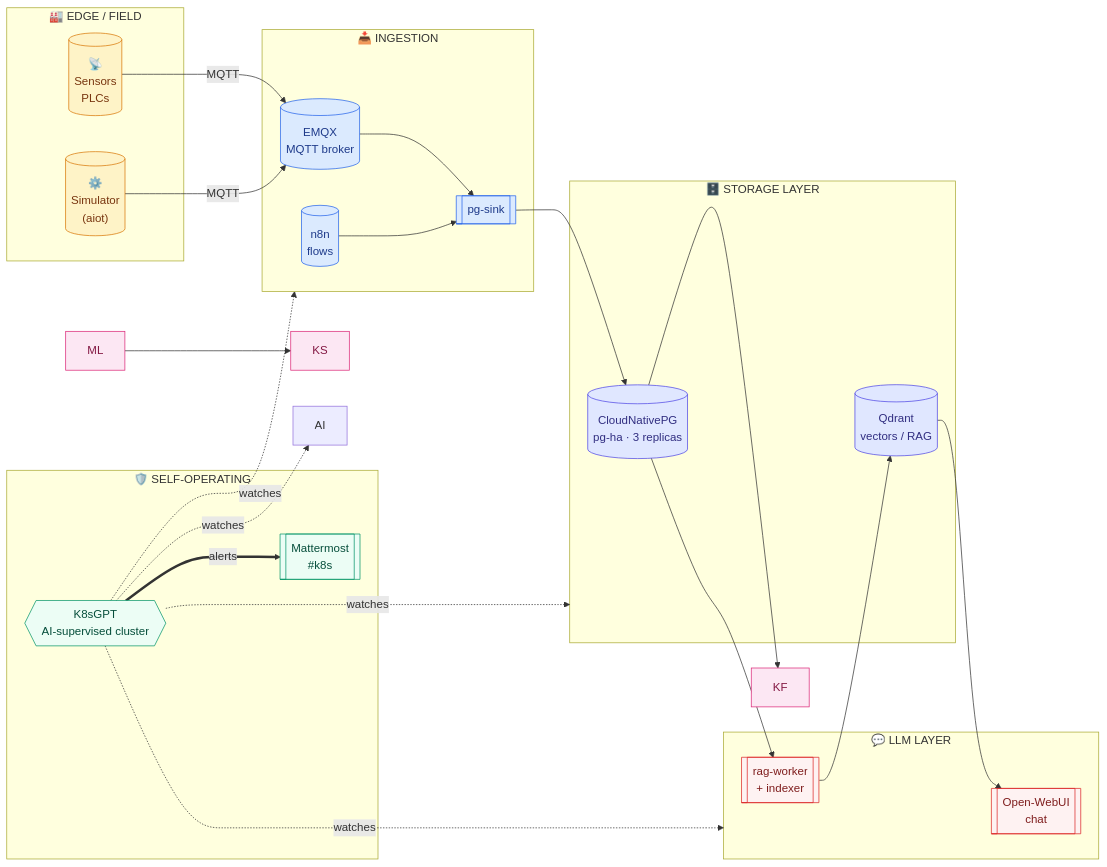
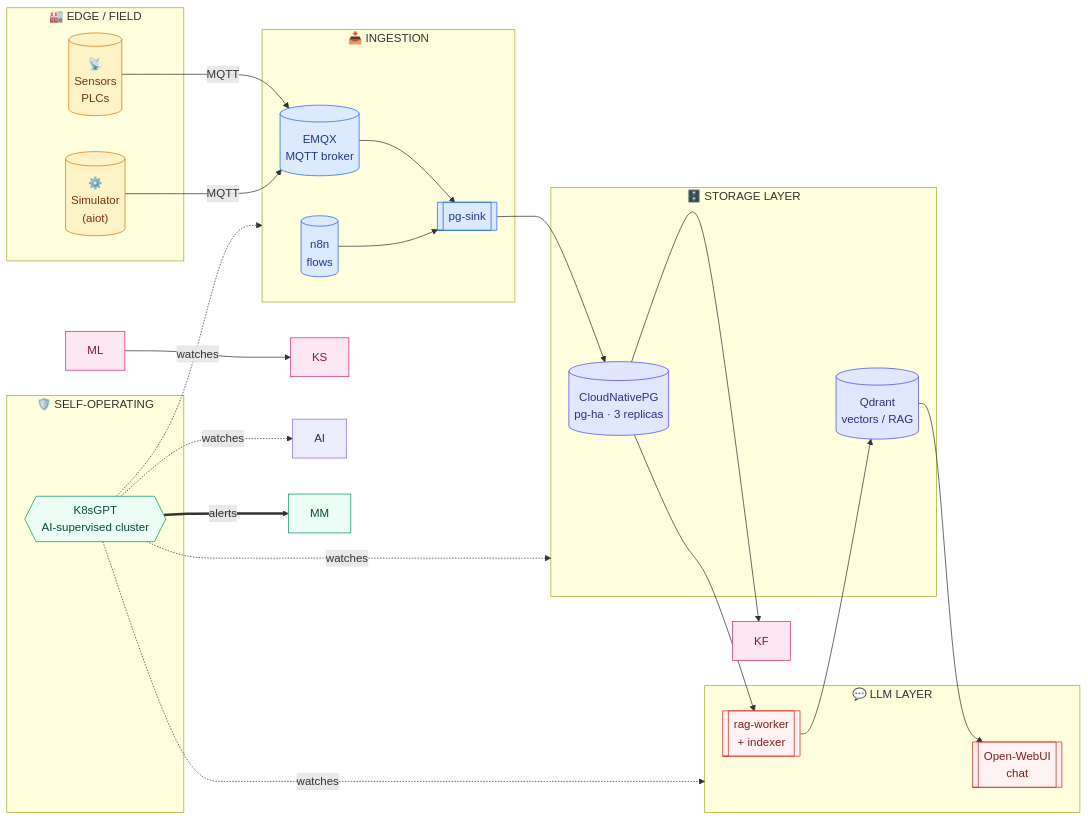
The second of 5 diagrams in README.md (ondrejnr/aiot-platform), drawn with Mermaid before and after one commit. The commit also changed other lines of this file and 100 other files, not shown here.

````diff
--- a/README.md
+++ b/README.md
@@ -75,57 +73,56 @@
 ```mermaid
 flowchart LR
     subgraph EDGE["🏭 EDGE / FIELD"]
         S1[("📡<br/>Sensors<br/>PLCs")]
         S2[("⚙️<br/>Simulator<br/>(aiot)")]
     end
 
     subgraph INGEST["📥 INGESTION"]
         MQ[("EMQX<br/>MQTT broker")]
         N8[("n8n<br/>flows")]
         SINK[["pg-sink"]]
     end
 
     subgraph STORE["🗄️ STORAGE LAYER"]
         PG[("CloudNativePG<br/>pg-ha · 3 replicas")]
         QD[("Qdrant<br/>vectors / RAG")]
     end
 
     subgraph LLM["💬 LLM LAYER"]
         OW[["Open-WebUI<br/>chat"]]
         RAG[["rag-worker<br/>+ indexer"]]
     end
 
     subgraph OPS["🛡️ SELF-OPERATING"]
         KG{{"K8sGPT<br/>AI-supervised cluster"}}
-        MM[["Mattermost<br/>#k8s"]]
     end
 
     S1 & S2 -->|MQTT| MQ
     MQ --> SINK
     N8 --> SINK
     SINK --> PG
     PG --> KF
     ML --> KS
     PG --> RAG
     RAG --> QD
     QD --> OW
 
     KG -.watches.-> INGEST
     KG -.watches.-> STORE
     KG -.watches.-> AI
     KG -.watches.-> LLM
     KG ==alerts==> MM
 
     classDef edge fill:#fef3c7,stroke:#d97706,color:#78350f
     classDef ingest fill:#dbeafe,stroke:#2563eb,color:#1e3a8a
     classDef store fill:#e0e7ff,stroke:#4f46e5,color:#312e81
     classDef ai fill:#fce7f3,stroke:#db2777,color:#831843
     classDef llm fill:#fef2f2,stroke:#dc2626,color:#7f1d1d
     classDef ops fill:#ecfdf5,stroke:#059669,color:#064e3b
     class S1,S2 edge
     class MQ,N8,SINK ingest
     class PG,QD store
     class KF,ML,KS ai
     class OW,RAG llm
     class KG,MM ops
 ```
````
